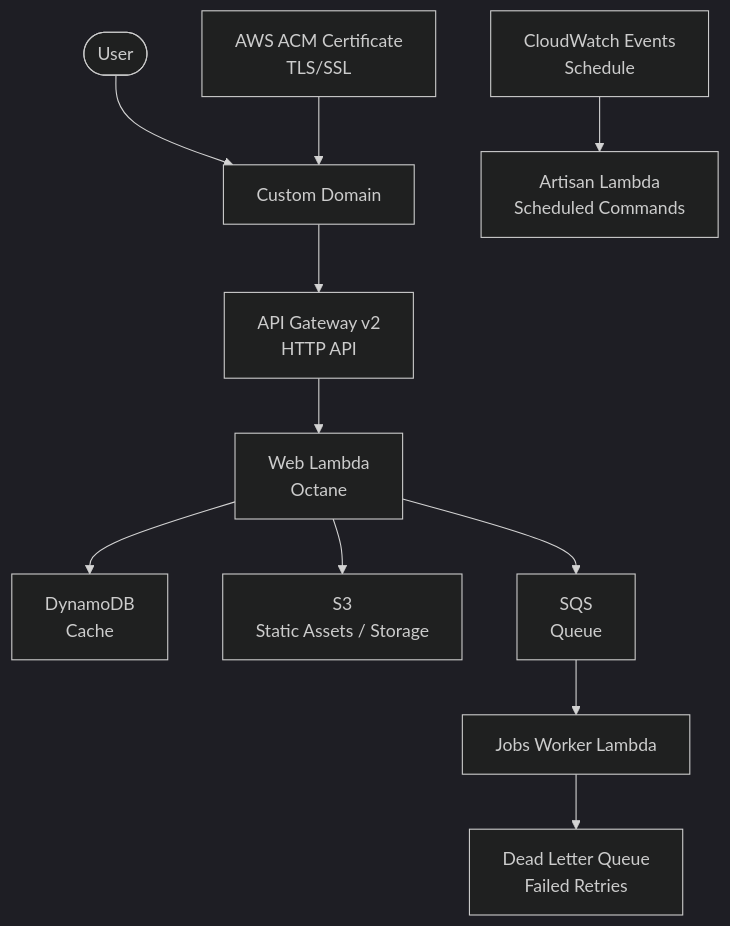
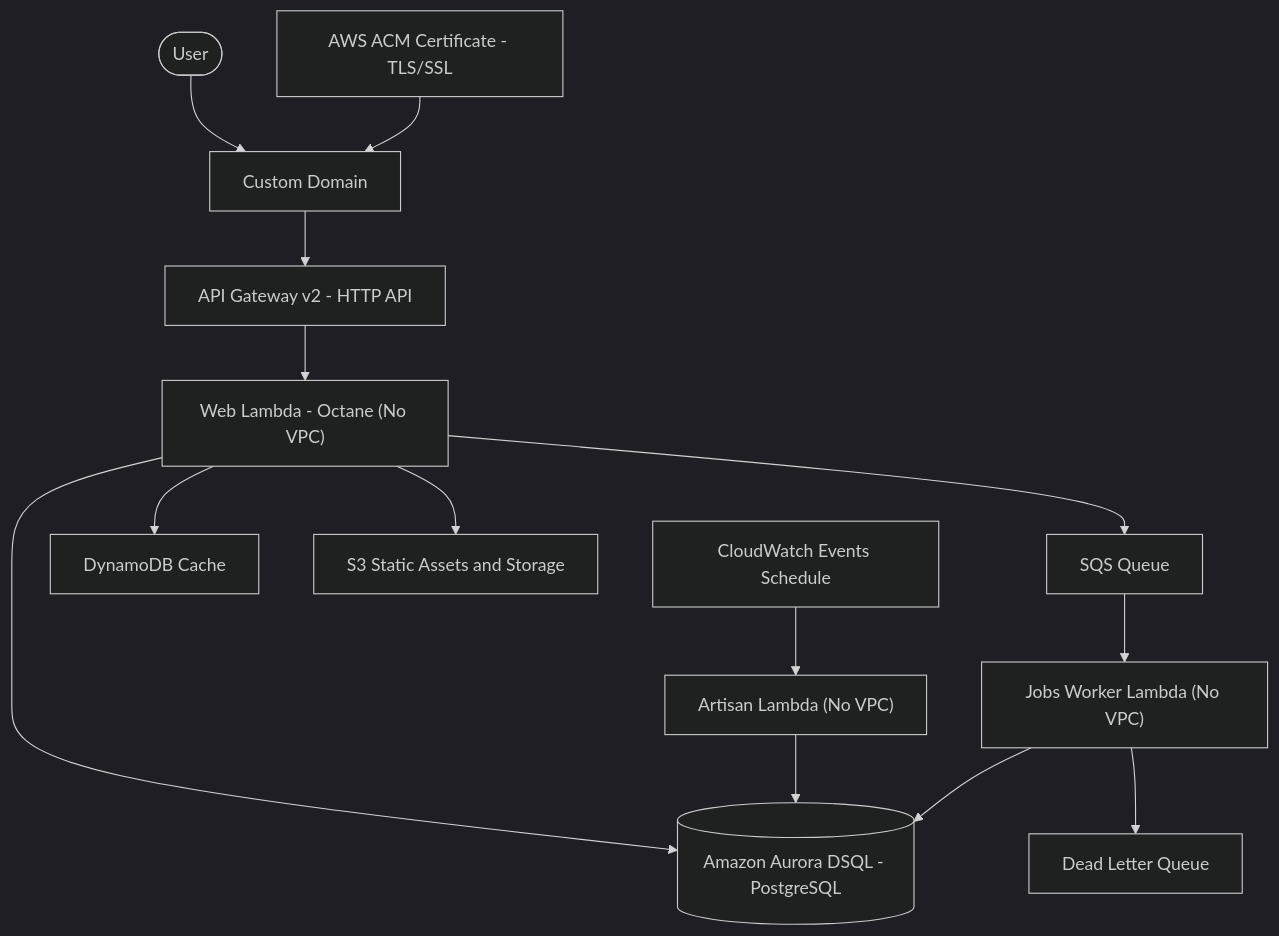
One commit to yilanboy/laravel-serverless changed the diagram in README.md. Above: the diagram before and after it, drawn with Mermaid (dark theme). The commit also changed other lines of this file and 12 other files, not shown here.

Commit message:
feat(terraform): migrate Lambda from VPC/EFS to Amazon Aurora DSQL

````diff
--- a/README.md
+++ b/README.md
@@ -11,15 +11,18 @@
 ```mermaid
 flowchart TD
-    User([User]) --> Domain[Custom Domain]
-    ACM[AWS ACM Certificate<br/>TLS/SSL] --> Domain
-    Domain --> API[API Gateway v2<br/>HTTP API]
-    API --> Web[Web Lambda<br/>Octane]
+    User(["User"]) --> Domain["Custom Domain"]
+    ACM["AWS ACM Certificate - TLS/SSL"] --> Domain
+    Domain --> API["API Gateway v2 - HTTP API"]
+    API --> Web["Web Lambda - Octane (No VPC)"]
 
-    Web --> Cache[DynamoDB<br/>Cache]
-    Web --> Storage[S3<br/>Static Assets / Storage]
-    Web --> Queue[SQS<br/>Queue]
-    Queue --> Worker[Jobs Worker Lambda]
-    Worker --> DLQ[Dead Letter Queue<br/>Failed Retries]
+    Web --> DSQL[("Amazon Aurora DSQL - PostgreSQL")]
+    Web --> Cache["DynamoDB Cache"]
+    Web --> Storage["S3 Static Assets and Storage"]
+    Web --> Queue["SQS Queue"]
+    Queue --> Worker["Jobs Worker Lambda (No VPC)"]
+    Worker --> DSQL
+    Worker --> DLQ["Dead Letter Queue"]
 
-    Schedule[CloudWatch Events<br/>Schedule] --> Artisan[Artisan Lambda<br/>Scheduled Commands]
+    Schedule["CloudWatch Events Schedule"] --> Artisan["Artisan Lambda (No VPC)"]
+    Artisan --> DSQL
 ```
````
